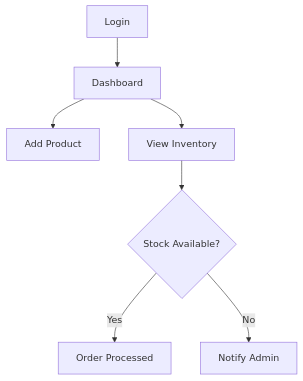
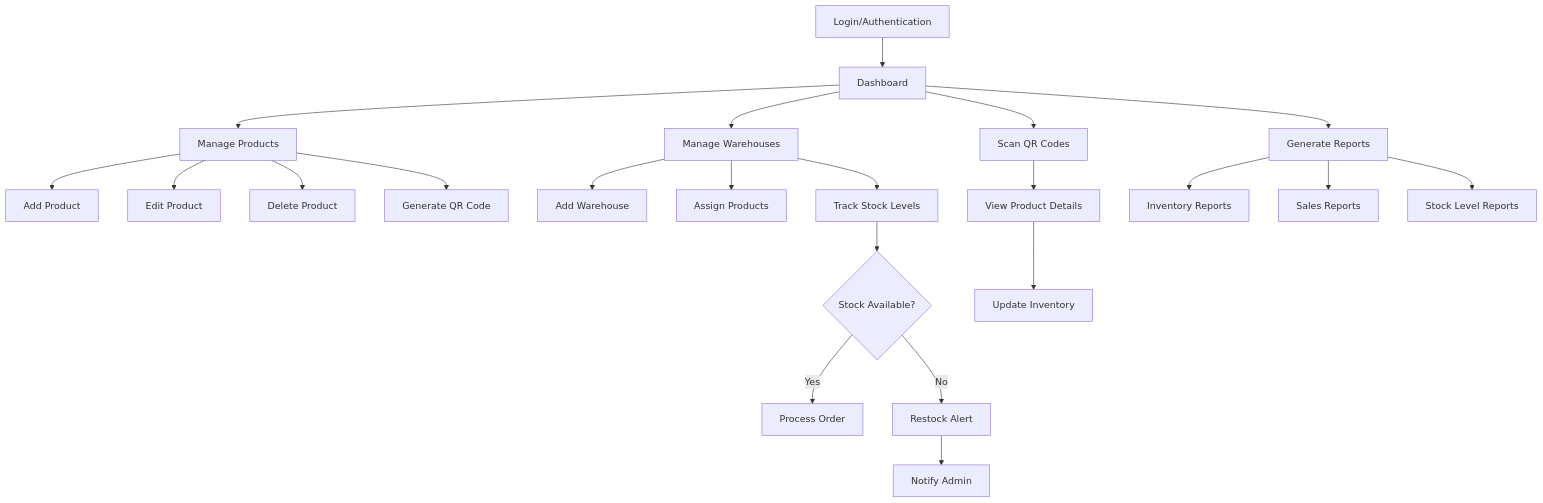
Before and after one commit to ramtsps/inventory_management: the diagram in README.md, drawn with Mermaid. The commit also changed other lines of this file and 1 other file, not shown here.

````diff
--- a/README.md
+++ b/README.md
@@ -14,9 +19,29 @@
 ```mermaid
 flowchart TD
-    A[Login] --> B[Dashboard]
-    B --> C[Add Product]
-    B --> D[View Inventory]
-    D --> E{Stock Available?}
-    E -->|Yes| F[Order Processed]
-    E -->|No| G[Notify Admin]
+    A[Login/Authentication] --> B[Dashboard]
+    B --> C[Manage Products]
+    B --> D[Manage Warehouses]
+    B --> E[Scan QR Codes]
+    B --> F[Generate Reports]
+
+    C --> C1[Add Product]
+    C --> C2[Edit Product]
+    C --> C3[Delete Product]
+    C --> C4[Generate QR Code]
+
+    D --> D1[Add Warehouse]
+    D --> D2[Assign Products]
+    D --> D3[Track Stock Levels]
+
+    D3 --> G{Stock Available?}
+    G -->|Yes| H[Process Order]
+    G -->|No| I[Restock Alert]
+    I --> J[Notify Admin]
+
+    E --> K[View Product Details]
+    K --> L[Update Inventory]
+
+    F --> M[Inventory Reports]
+    F --> N[Sales Reports]
+    F --> O[Stock Level Reports]
 ```
````
